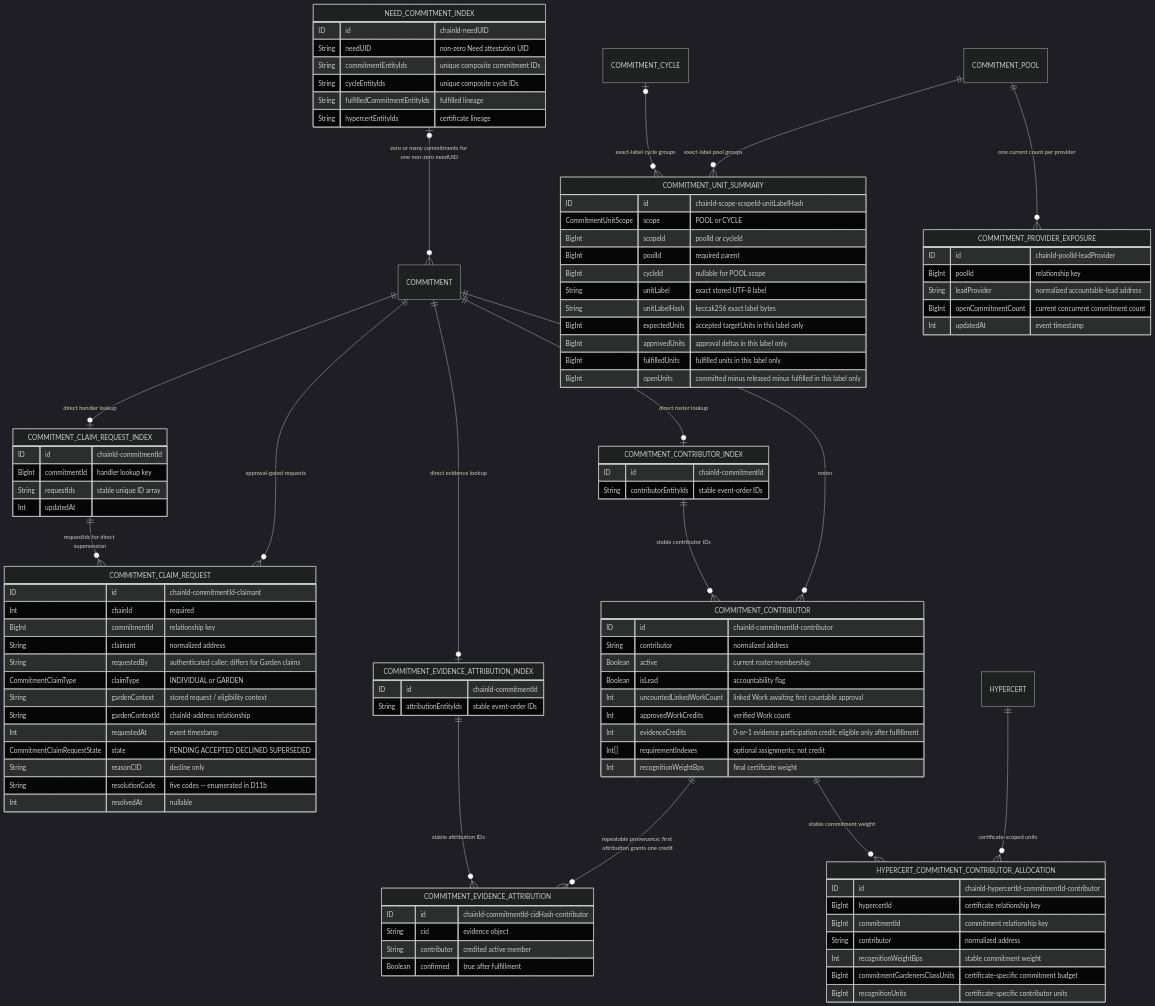
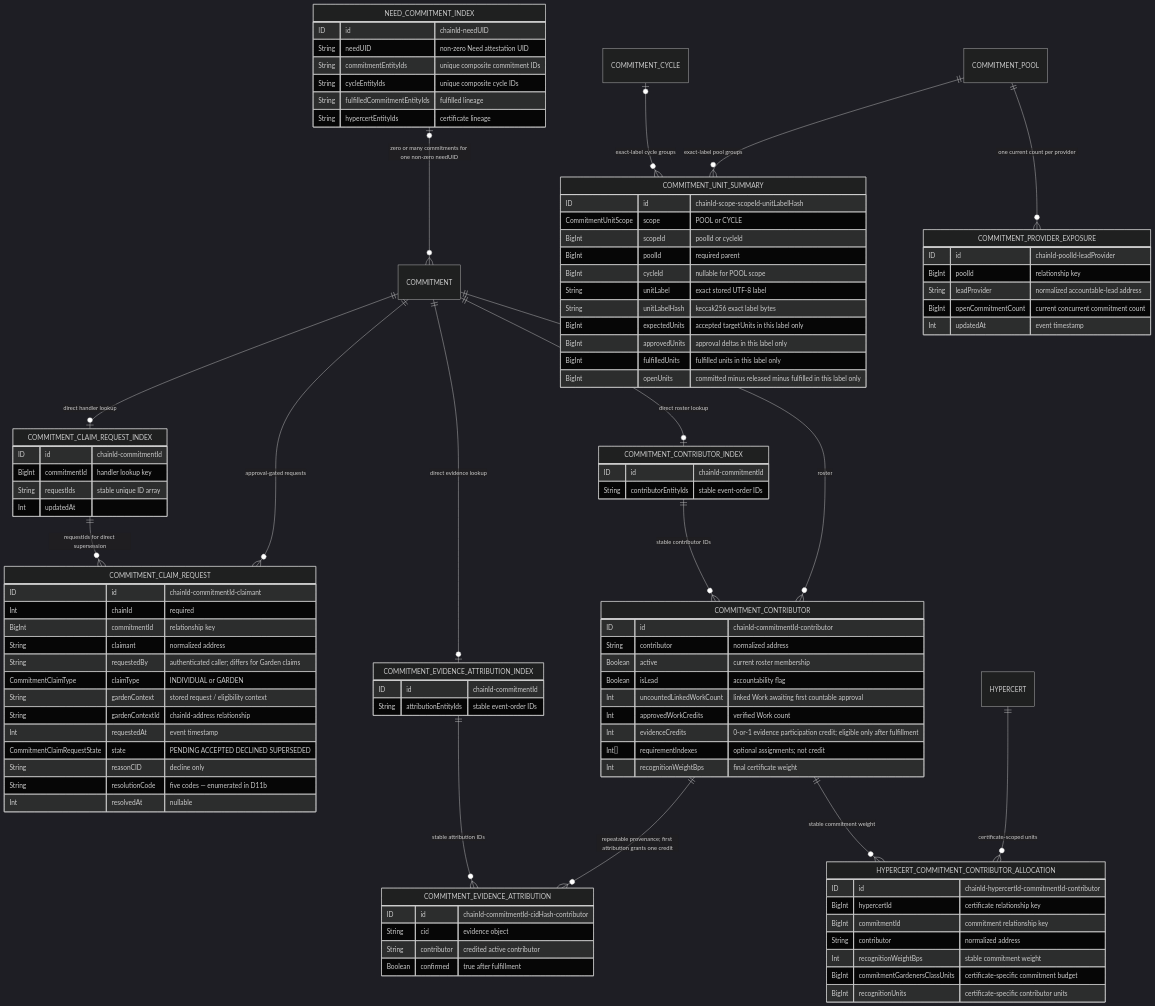
One commit to greenpill-dev-guild/green-goods changed diagram 16 of 33 in .plans/active/commitment-pooling/diagrams.md. Above: the diagram before and after it, drawn with Mermaid (dark theme). The commit also changed other lines of this file and 20 other files, not shown here.

```diff
--- a/.plans/active/commitment-pooling/diagrams.md
+++ b/.plans/active/commitment-pooling/diagrams.md
@@ -871,7 +930,7 @@
   COMMITMENT_EVIDENCE_ATTRIBUTION {
     ID id "chainId-commitmentId-cidHash-contributor"
     String cid "evidence object"
-    String contributor "credited active member"
+    String contributor "credited active contributor"
     Boolean confirmed "true after fulfillment"
   }
 
```
